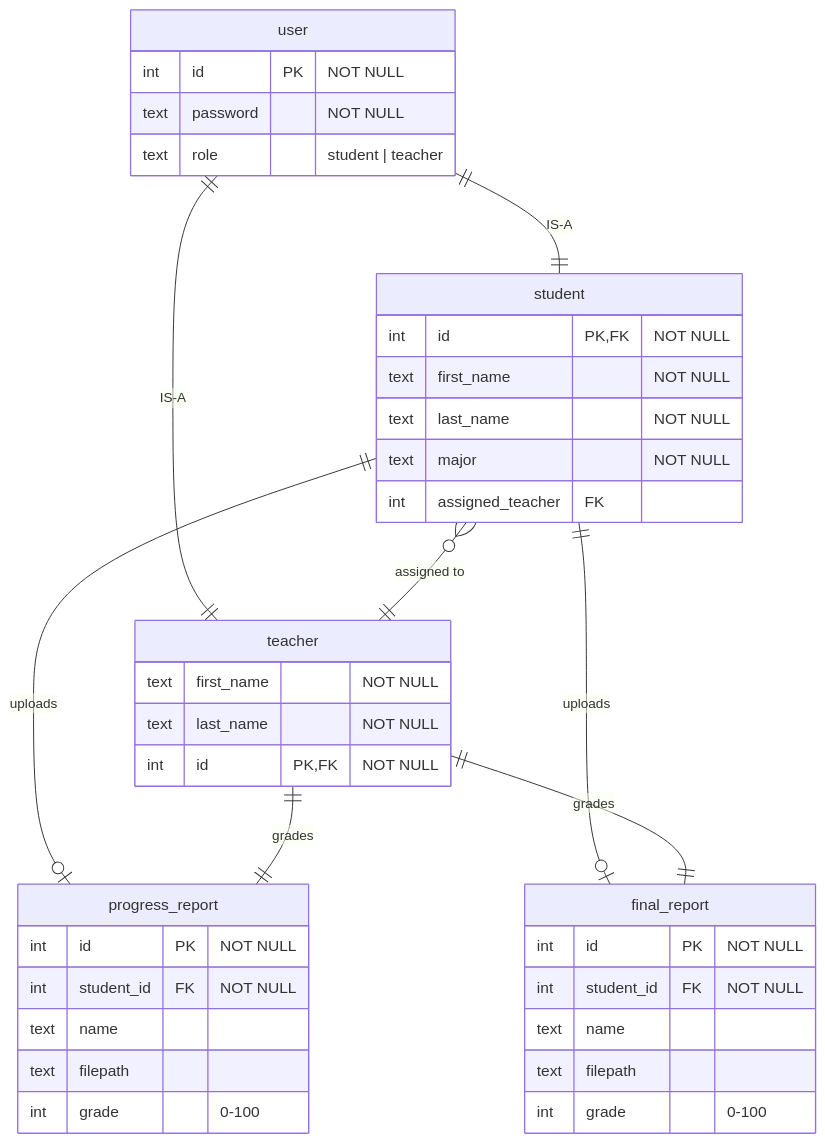
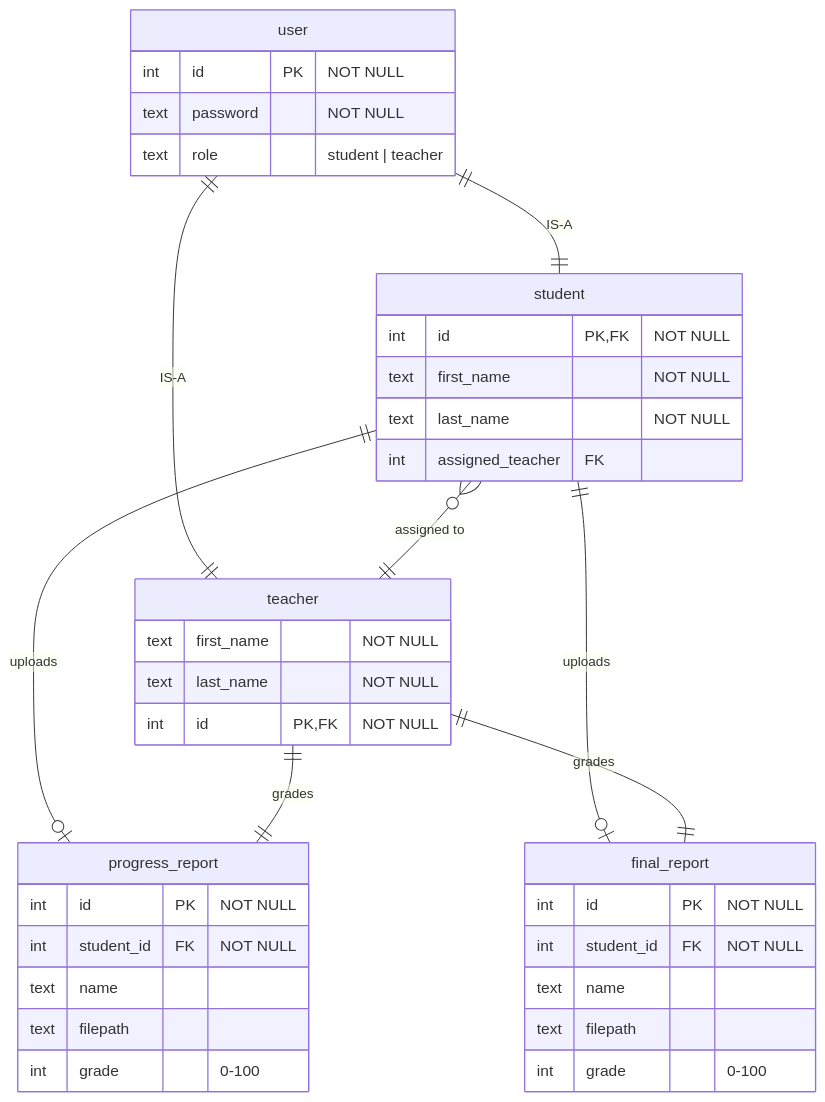
The diagram in README.md (shom254/dissertation-mgmt-system), drawn with Mermaid before and after one commit. The commit also changed other lines of this file, not shown here.

````diff
--- a/README.md
+++ b/README.md
@@ -124,42 +146,41 @@
 ```mermaid
 erDiagram
     user {
         int id PK "NOT NULL"
         text password "NOT NULL"
         text role "student | teacher"
         %% role = 
     }
     student {
         int id PK, FK "NOT NULL"
         text first_name "NOT NULL"
         text last_name "NOT NULL"
-        text major "NOT NULL"
         int assigned_teacher FK
     }
     teacher {
         text first_name "NOT NULL"
         text last_name "NOT NULL"
         int id PK, FK "NOT NULL"
     }
     progress_report {
         int id PK "NOT NULL"
         int student_id FK "NOT NULL"
         text name
         text filepath
         int grade "0-100"
     }
     final_report {
         int id PK "NOT NULL"
         int student_id FK "NOT NULL"
         text name
         text filepath
         int grade "0-100"
     }
     user || -- || student : IS-A
     user || -- || teacher : IS-A
     student }o -- || teacher : "assigned to"
     student || -- o| progress_report : uploads
     student || -- o| final_report : uploads
     teacher || -- || progress_report : grades
     teacher || -- || final_report : grades
 ```
````
